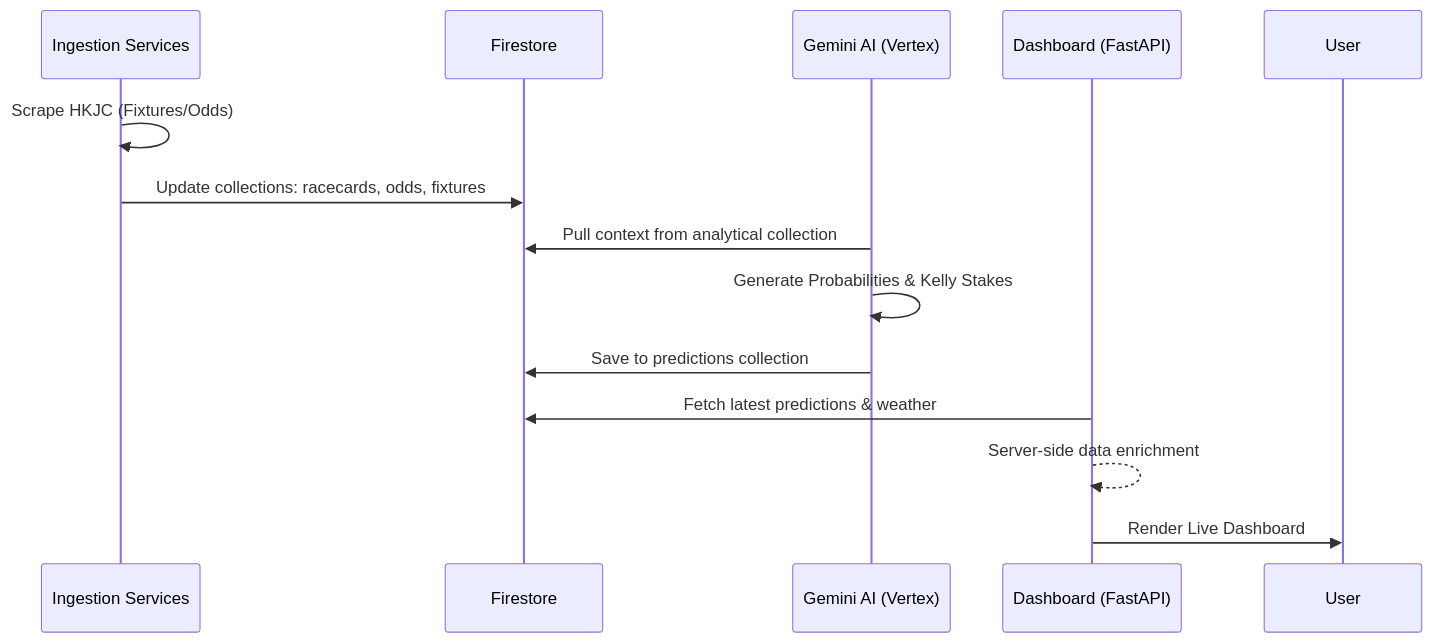
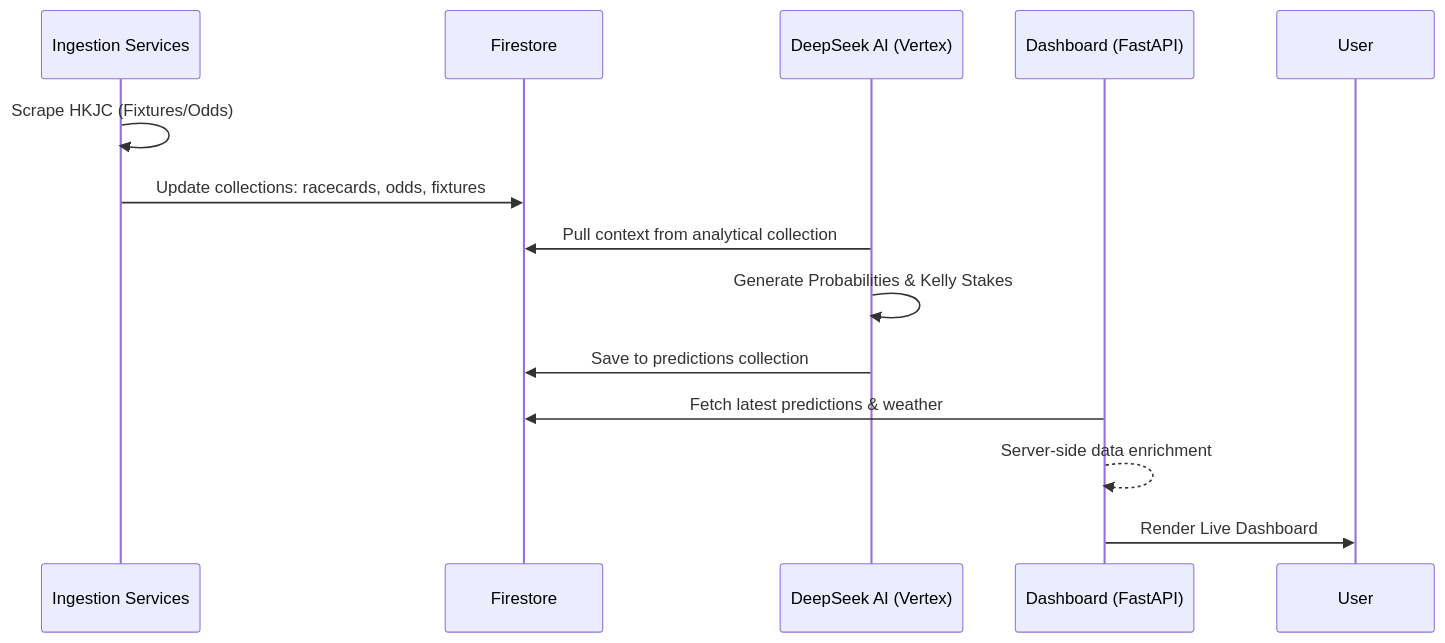
The second of 2 diagrams in docs/architecture.md (wallaceclwong/hkjc-v2), drawn with Mermaid before and after one commit. The commit also changed other lines of this file and 38 other files, not shown here.

First line of the commit message:
chore: purge all Vertex AI / Gemini code from VM

````diff
--- a/docs/architecture.md
+++ b/docs/architecture.md
@@ -57,16 +57,16 @@
 ```mermaid
 sequenceDiagram
     participant S as Ingestion Services
     participant FS as Firestore
-    participant AI as Gemini AI (Vertex)
+    participant AI as DeepSeek AI (Vertex)
     participant D as Dashboard (FastAPI)
 
     S->>S: Scrape HKJC (Fixtures/Odds)
     S->>FS: Update collections: racecards, odds, fixtures
     AI->>FS: Pull context from analytical collection
     AI->>AI: Generate Probabilities & Kelly Stakes
     AI->>FS: Save to predictions collection
     D->>FS: Fetch latest predictions & weather
     D-->>D: Server-side data enrichment
     D->>User: Render Live Dashboard
 ```
````
